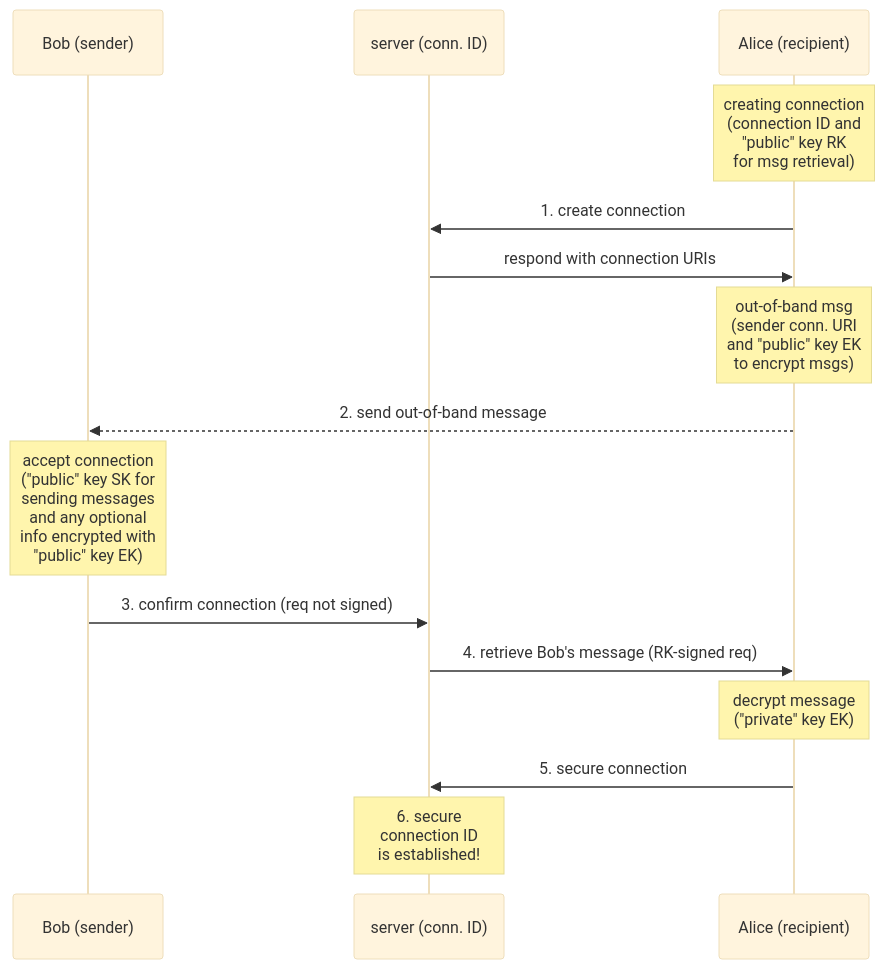
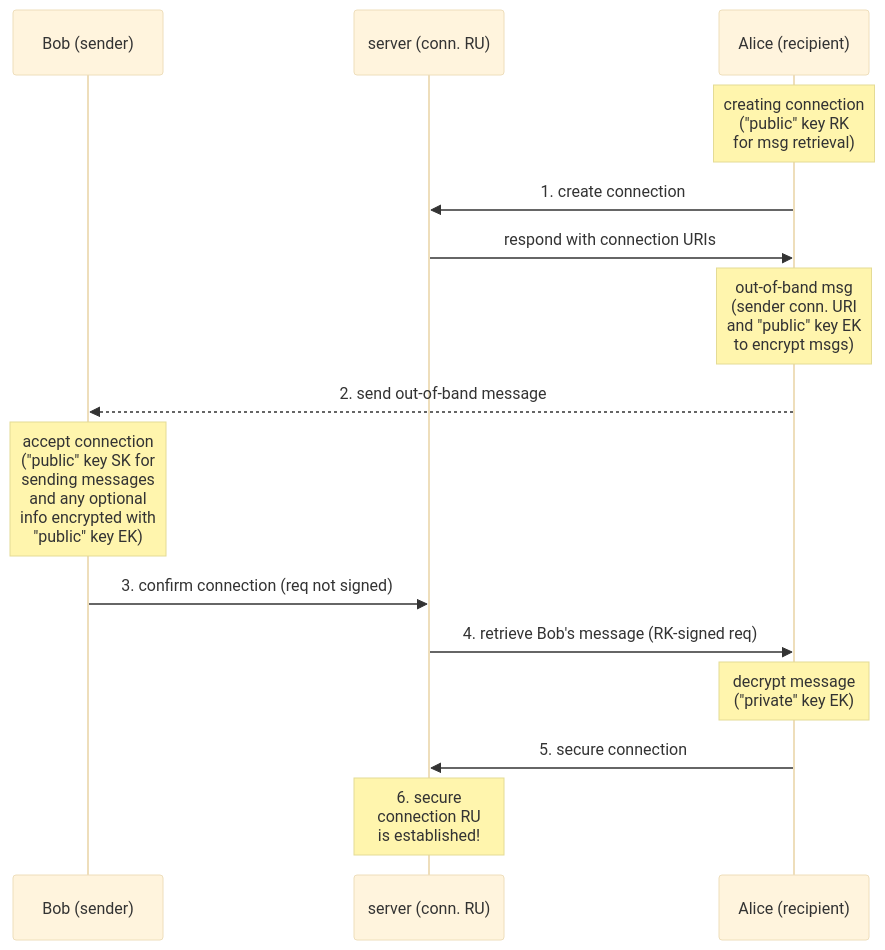
One commit to simplex-chat/simplex-chat changed the diagram in diagrams/simplex-messaging/simplex-creating.mmd. Above: the diagram before and after it, drawn with Mermaid (base theme). The commit also changed 5 other files, not shown here.

Commit message:
docs: update simplex diagrams to remove connection ID

```diff
--- a/diagrams/simplex-messaging/simplex-creating.mmd
+++ b/diagrams/simplex-messaging/simplex-creating.mmd
@@ -1,20 +1,20 @@
 sequenceDiagram
   participant B as Bob (sender)
-  participant S as server (conn. ID)
+  participant S as server (conn. RU)
   participant A as Alice (recipient)
 
-  note over A: creating connection <br> (connection ID and <br> "public" key RK <br> for msg retrieval)
+  note over A: creating connection <br> ("public" key RK <br> for msg retrieval)
   A ->> S: 1. create connection
   S ->> A: respond with connection URIs
 
   note over A: out-of-band msg <br> (sender conn. URI <br> and "public" key EK <br> to encrypt msgs)
   A -->> B: 2. send out-of-band message
 
   note over B: accept connection <br> ("public" key SK for <br>  sending messages <br> and any optional <br> info encrypted with <br> "public" key EK)
   B ->> S: 3. confirm connection (req not signed)
 
   S ->> A: 4. retrieve Bob's message (RK-signed req)
   note over A: decrypt message <br> ("private" key EK)
   A ->> S: 5. secure connection
 
-  note over S: 6. secure <br> connection ID <br> is established!
+  note over S: 6. secure <br> connection RU <br> is established!
```
